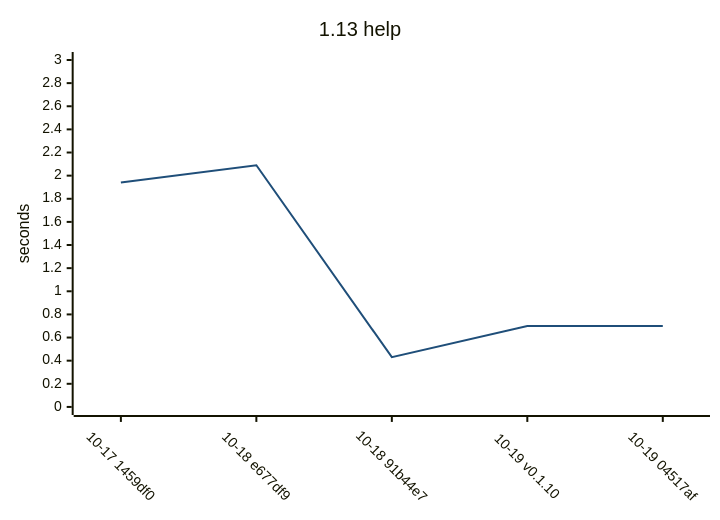
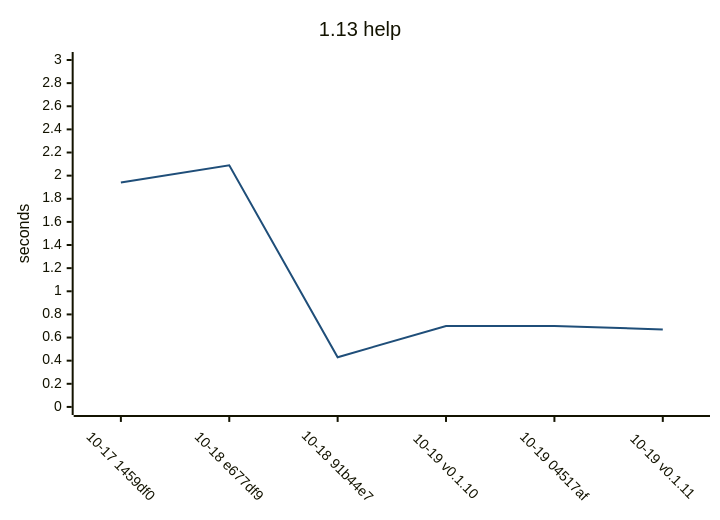
One commit to yamanori99/DistSSHRun.jl changed the first of 9 diagrams in README.md. Above: the diagram before and after it, drawn with Mermaid. The commit also changed other lines of this file and 1 other file, not shown here.

````diff
--- a/README.md
+++ b/README.md
@@ -24,17 +25,17 @@
 ```mermaid
 ---
 config:
   theme: base
   themeVariables:
     xyChart:
       plotColorPalette: "#1f4e79"
   xyChart:
     xAxis:
       labelRotation: 45
 ---
 xychart-beta
     title "1.13 help"
-    x-axis ["10-17 1459df0", "10-18 e677df9", "10-18 91b44e7", "10-19 v0.1.10", "10-19 04517af"]
+    x-axis ["10-17 1459df0", "10-18 e677df9", "10-18 91b44e7", "10-19 v0.1.10", "10-19 04517af", "10-19 v0.1.11"]
     y-axis "seconds" 0 --> 3
-    line [1.94, 2.09, 0.43, 0.7, 0.7]
+    line [1.94, 2.09, 0.43, 0.7, 0.7, 0.67]
 ```
````
